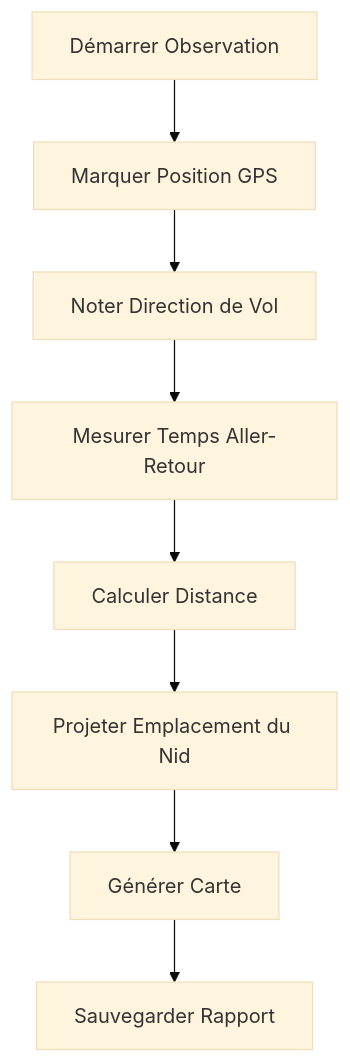
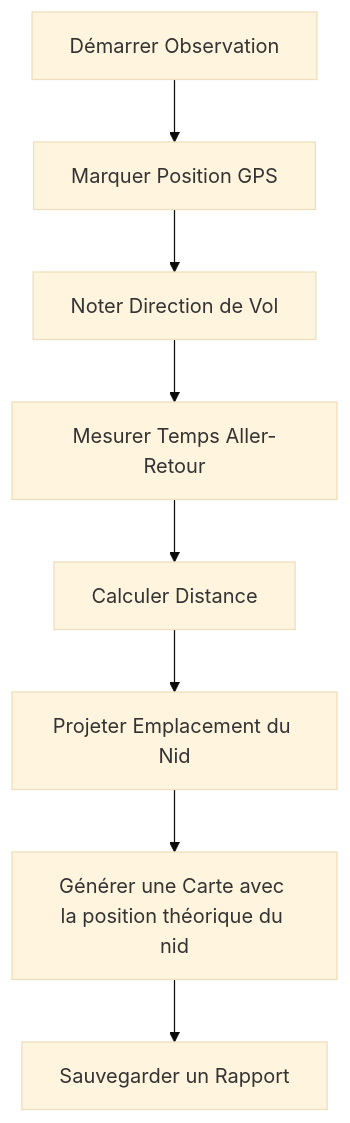
Before and after one commit to jyjeanne/hornet-nest-locator: the diagram in README_FR.md, drawn with Mermaid (base theme). The commit also changed other lines of this file, not shown here.

````diff
--- a/README_FR.md
+++ b/README_FR.md
@@ -101,10 +101,10 @@
 ```mermaid
 graph TD
     A[Démarrer Observation] --> B[Marquer Position GPS]
     B --> C[Noter Direction de Vol]
     C --> D[Mesurer Temps Aller-Retour]
     D --> E[Calculer Distance]
     E --> F[Projeter Emplacement du Nid]
-    F --> G[Générer Carte]
-    G --> H[Sauvegarder Rapport]
+    F --> G[Générer une Carte avec la position théorique du nid]
+    G --> H[Sauvegarder un Rapport]
 ```
````
